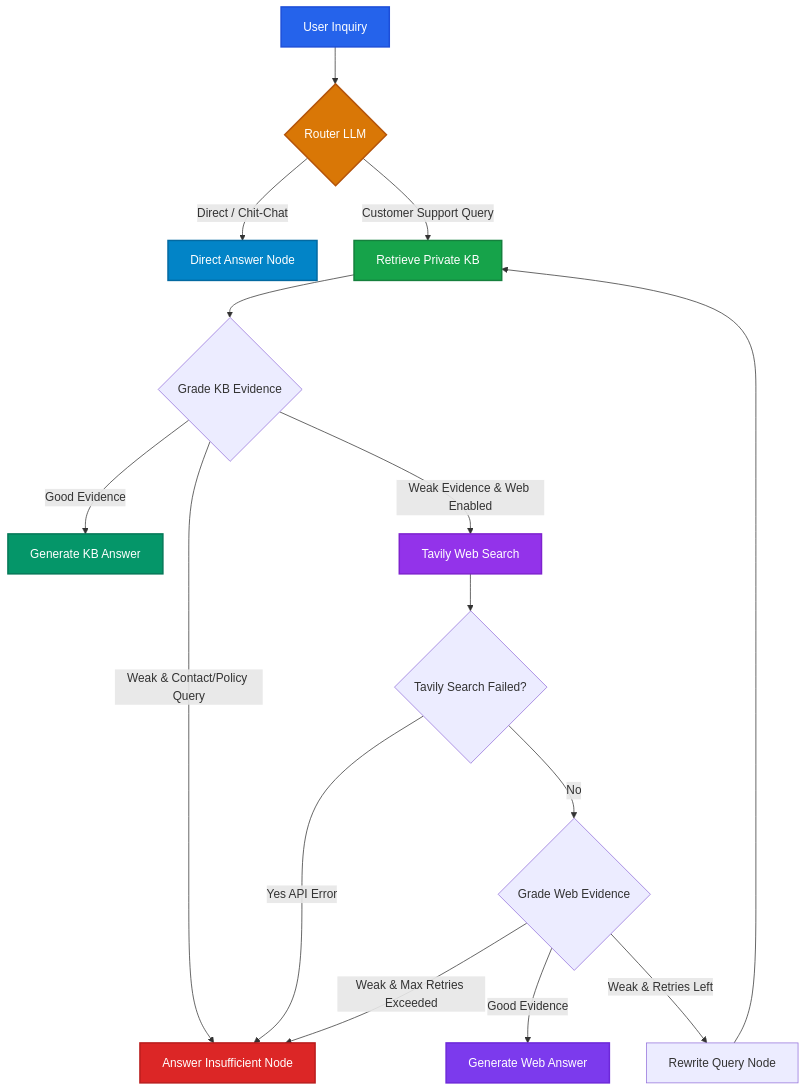
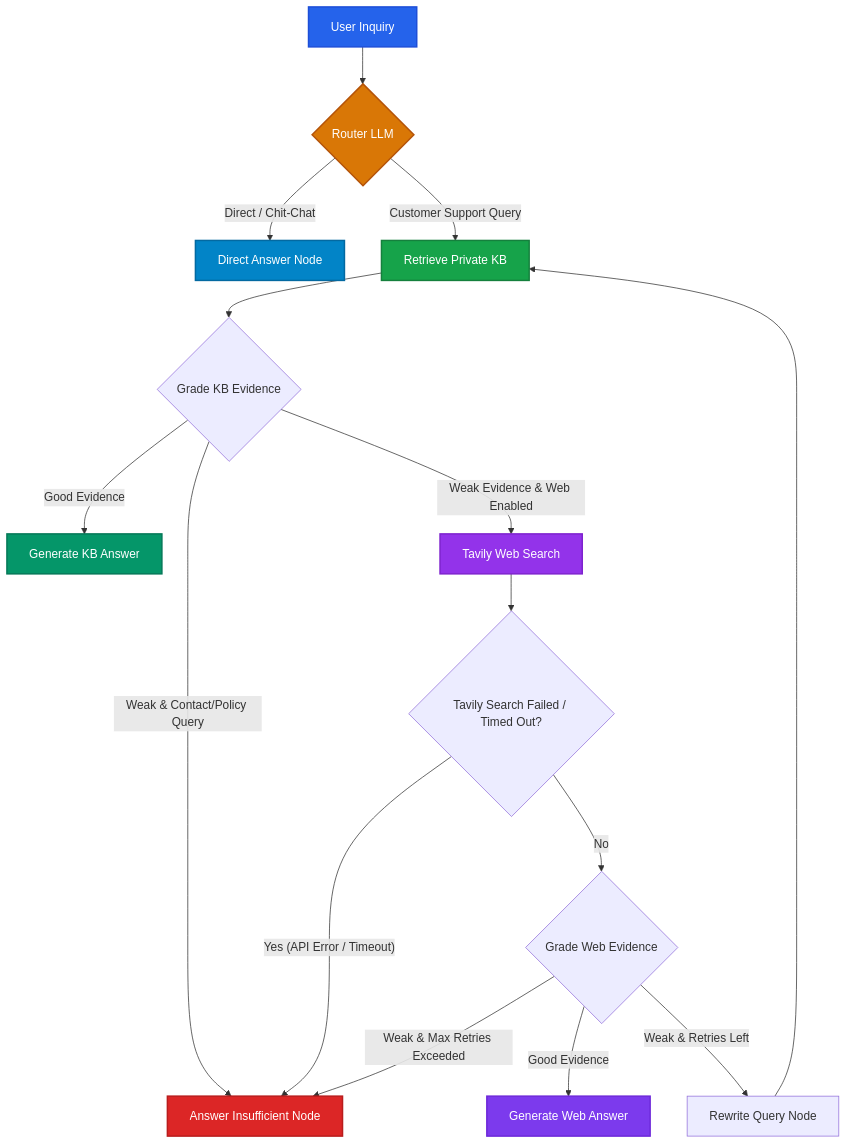
Before and after one commit to tilakchow/agentic-customer-support-rag: the diagram in README.md, drawn with Mermaid. The commit also changed other lines of this file and 3 other files, not shown here.

Commit message:
docs: update README with full architecture, config reference, and deployment models; add CONTRIBUTING, SECURITY, and CHANGELOG

````diff
--- a/README.md
+++ b/README.md
@@ -49,26 +51,26 @@
 ```mermaid
 graph TD
     A["User Inquiry"] --> B{"Router LLM"}
     B -- "Direct / Chit-Chat" --> C["Direct Answer Node"]
     B -- "Customer Support Query" --> D["Retrieve Private KB"]
     D --> E{"Grade KB Evidence"}
     E -- "Good Evidence" --> F["Generate KB Answer"]
     E -- "Weak Evidence & Web Enabled" --> G["Tavily Web Search"]
     E -- "Weak & Contact/Policy Query" --> K["Answer Insufficient Node"]
-    G --> H{"Tavily Search Failed?"}
-    H -- "Yes API Error" --> K
+    G --> H{"Tavily Search Failed / Timed Out?"}
+    H -- "Yes (API Error / Timeout)" --> K
     H -- "No" --> I{"Grade Web Evidence"}
     I -- "Good Evidence" --> J["Generate Web Answer"]
     I -- "Weak & Retries Left" --> L["Rewrite Query Node"]
     L --> D
     I -- "Weak & Max Retries Exceeded" --> K
     
     style A fill:#2563eb,stroke:#1d4ed8,stroke-width:2px,color:#fff
     style B fill:#d97706,stroke:#b45309,stroke-width:2px,color:#fff
     style D fill:#16a34a,stroke:#15803d,stroke-width:2px,color:#fff
     style G fill:#9333ea,stroke:#7e22ce,stroke-width:2px,color:#fff
     style C fill:#0284c7,stroke:#0369a1,stroke-width:2px,color:#fff
     style F fill:#059669,stroke:#047857,stroke-width:2px,color:#fff
     style J fill:#7c3aed,stroke:#6d28d9,stroke-width:2px,color:#fff
     style K fill:#dc2626,stroke:#b91c1c,stroke-width:2px,color:#fff
 ```
````
